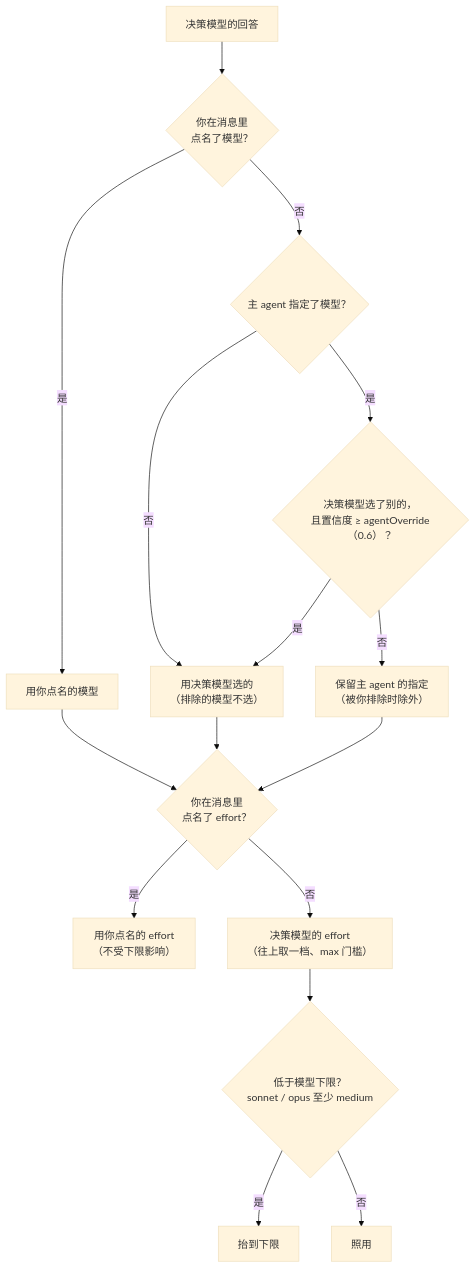
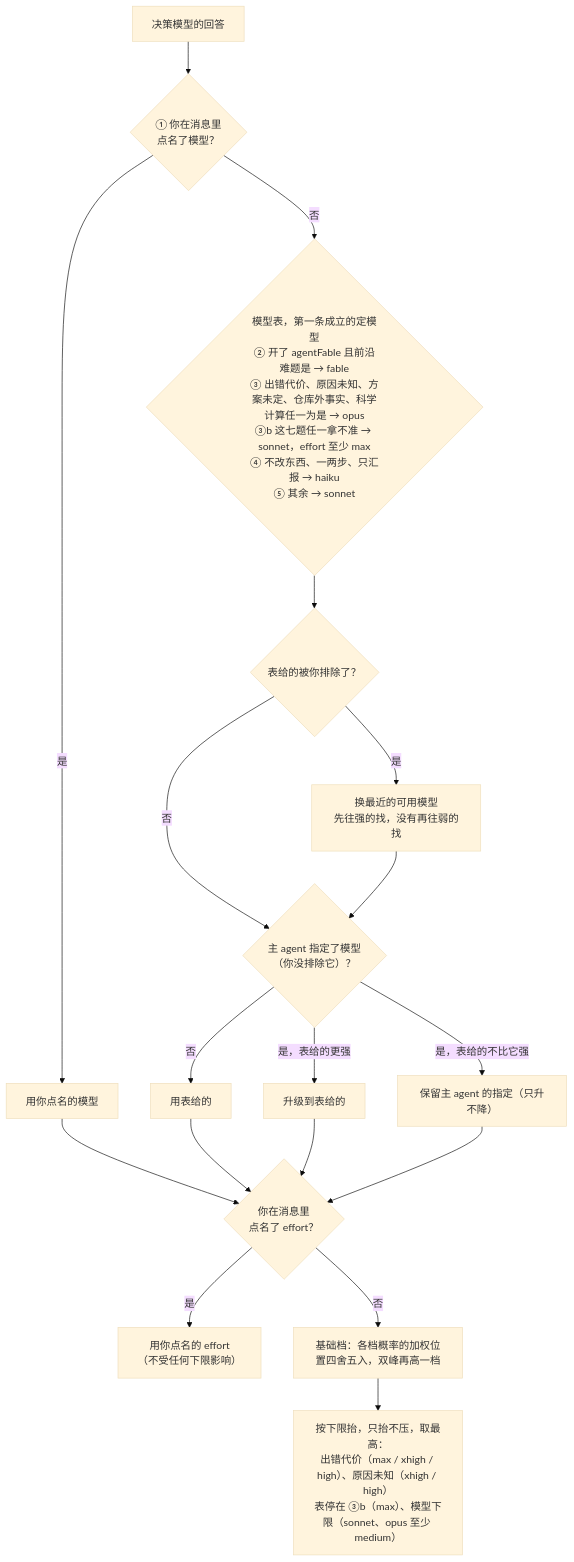
Before and after one commit to alexcz-a11y/claude-mods: the second of 6 diagrams in docs/dispatch-pilot-routing.md, drawn with Mermaid (base theme). The commit also changed other lines of this file and 190 other files, not shown here.

````diff
--- a/docs/dispatch-pilot-routing.md
+++ b/docs/dispatch-pilot-routing.md
@@ -56,20 +58,22 @@
 ```mermaid
 flowchart TD
-    A["决策模型的回答"] --> B{"你在消息里<br/>点名了模型？"}
+    A["决策模型的回答"] --> B{"① 你在消息里<br/>点名了模型？"}
     B -- 是 --> M1["用你点名的模型"]
-    B -- 否 --> C{"主 agent 指定了模型？"}
-    C -- 否 --> M2["用决策模型选的<br/>（排除的模型不选）"]
-    C -- 是 --> D{"决策模型选了别的，<br/>且置信度 ≥ agentOverride（0.6）？"}
-    D -- 是 --> M2
-    D -- 否 --> M3["保留主 agent 的指定<br/>（被你排除时除外）"]
+    B -- 否 --> T{"模型表，第一条成立的定模型<br/>② 开了 agentFable 且前沿难题是 → fable<br/>③ 出错代价、原因未知、方案未定、仓库外事实、科学计算任一为是 → opus<br/>③b 这七题任一拿不准 → sonnet，effort 至少 max<br/>④ 不改东西、一两步、只汇报 → haiku<br/>⑤ 其余 → sonnet"}
+    T --> X{"表给的被你排除了？"}
+    X -- 是 --> N["换最近的可用模型<br/>先往强的找，没有再往弱的找"]
+    X -- 否 --> C
+    N --> C{"主 agent 指定了模型<br/>（你没排除它）？"}
+    C -- 否 --> M2["用表给的"]
+    C -->|是，表给的更强| M3["升级到表给的"]
+    C -->|是，表给的不比它强| M4["保留主 agent 的指定（只升不降）"]
 
     M1 --> E
     M2 --> E
     M3 --> E
+    M4 --> E
     E{"你在消息里<br/>点名了 effort？"}
-    E -- 是 --> F1["用你点名的 effort<br/>（不受下限影响）"]
-    E -- 否 --> F2["决策模型的 effort<br/>（往上取一档、max 门槛）"]
-    F2 --> G{"低于模型下限？<br/>sonnet / opus 至少 medium"}
-    G -- 是 --> F3["抬到下限"]
-    G -- 否 --> F4["照用"]
+    E -- 是 --> F1["用你点名的 effort<br/>（不受任何下限影响）"]
+    E -- 否 --> F2["基础档：各档概率的加权位置四舍五入，双峰再高一档"]
+    F2 --> G["按下限抬，只抬不压，取最高：<br/>出错代价（max / xhigh / high）、原因未知（xhigh / high）<br/>表停在 ③b（max）、模型下限（sonnet、opus 至少 medium）"]
 ```
````
